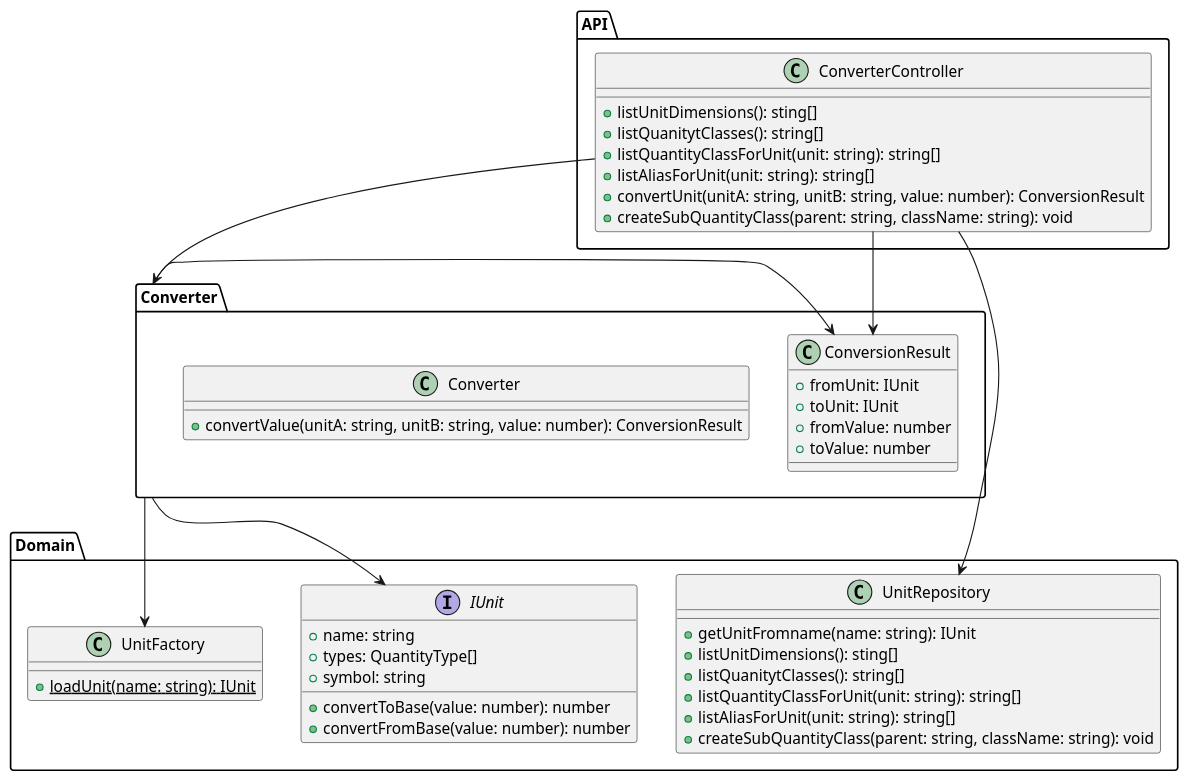
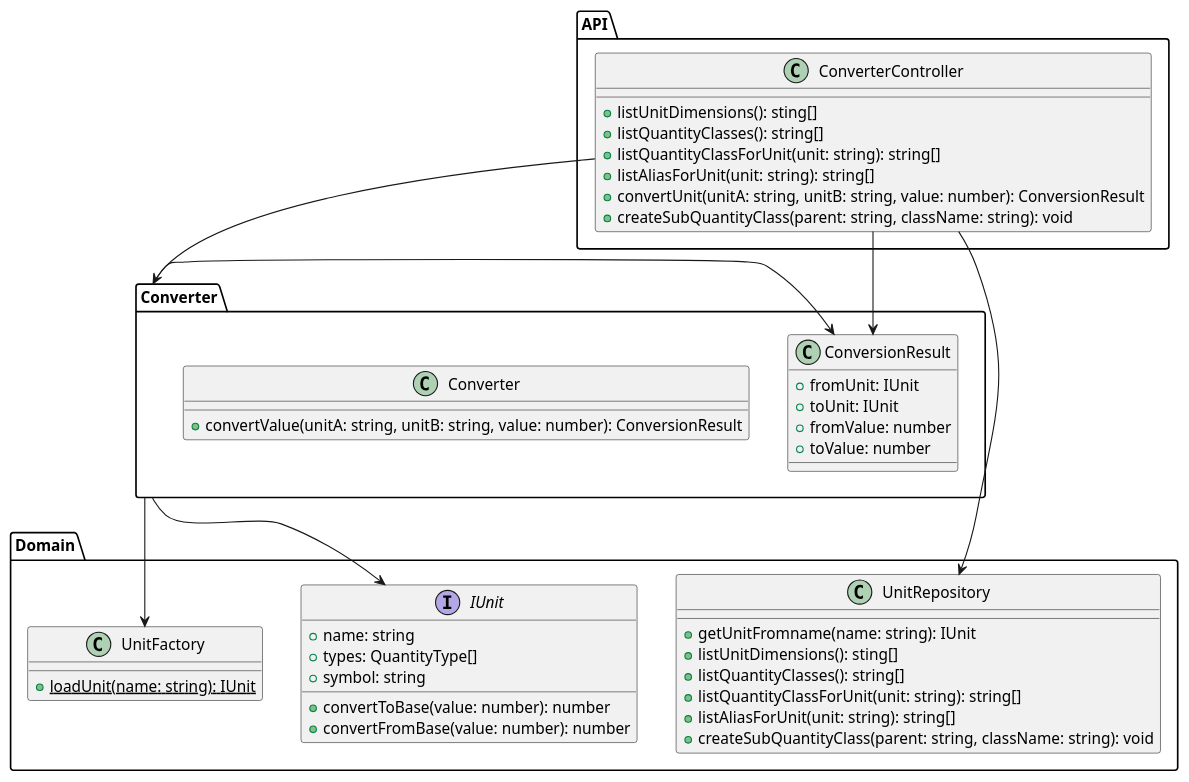
Before and after one commit to heig-vkaelin/ikt300-project: the diagram in docs/uml-class-converter.plantuml, drawn with PlantUML. The commit also changed 7 other files, not shown here.

```diff
--- a/docs/uml-class-converter.plantuml
+++ b/docs/uml-class-converter.plantuml
@@ -1,55 +1,55 @@
 @startuml uml-class-converter
 
 package "API" {
   class ConverterController {
     + listUnitDimensions(): sting[]
-    + listQuanitytClasses(): string[]
+    + listQuantityClasses(): string[]
     + listQuantityClassForUnit(unit: string): string[]
     + listAliasForUnit(unit: string): string[]
     + convertUnit(unitA: string, unitB: string, value: number): ConversionResult
     + createSubQuantityClass(parent: string, className: string): void
   }
 }
 
 package "Converter" {
   class Converter {
     + convertValue(unitA: string, unitB: string, value: number): ConversionResult
   }
 
   class ConversionResult {
     + fromUnit: IUnit
     + toUnit: IUnit
     + fromValue: number
     + toValue: number
   }
 }
 
 package "Domain" {
   interface IUnit {
     + name: string
     + types: QuantityType[]
     + symbol: string
     + convertToBase(value: number): number
     + convertFromBase(value: number): number
   }
   class UnitFactory {
     + {static} loadUnit(name: string): IUnit
   }
   class UnitRepository {
     + getUnitFromname(name: string): IUnit
     + listUnitDimensions(): sting[]
-    + listQuanitytClasses(): string[]
+    + listQuantityClasses(): string[]
     + listQuantityClassForUnit(unit: string): string[]
     + listAliasForUnit(unit: string): string[]
     + createSubQuantityClass(parent: string, className: string): void
   }
 }
 
 ConverterController --> Converter
 ConverterController --> ConversionResult
 ConverterController --> UnitRepository
 Converter -LEFT-> ConversionResult
 Converter --> IUnit
 Converter --> UnitFactory
 
 @enduml
```
